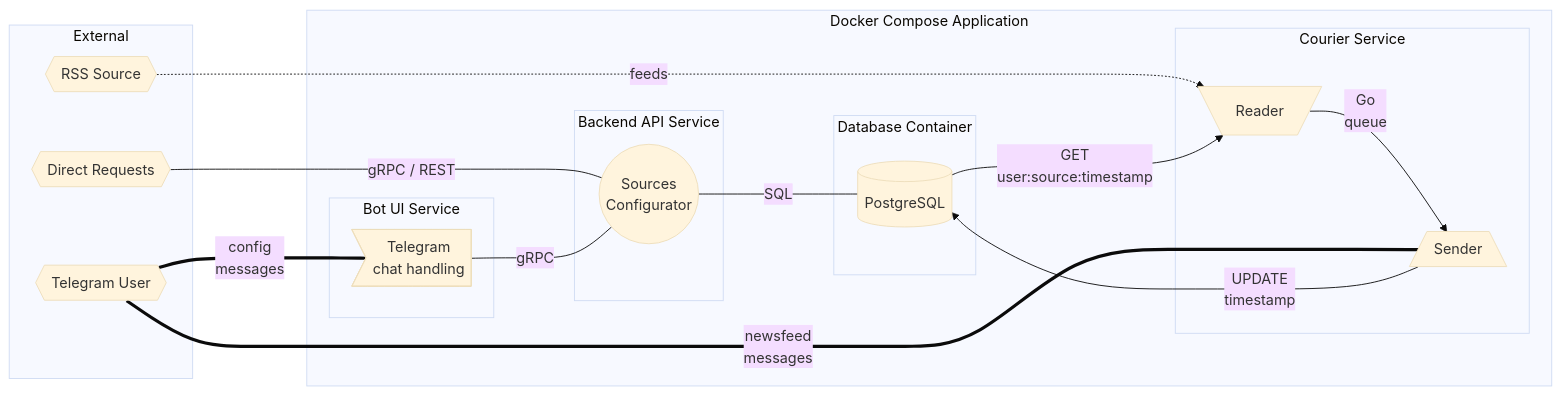
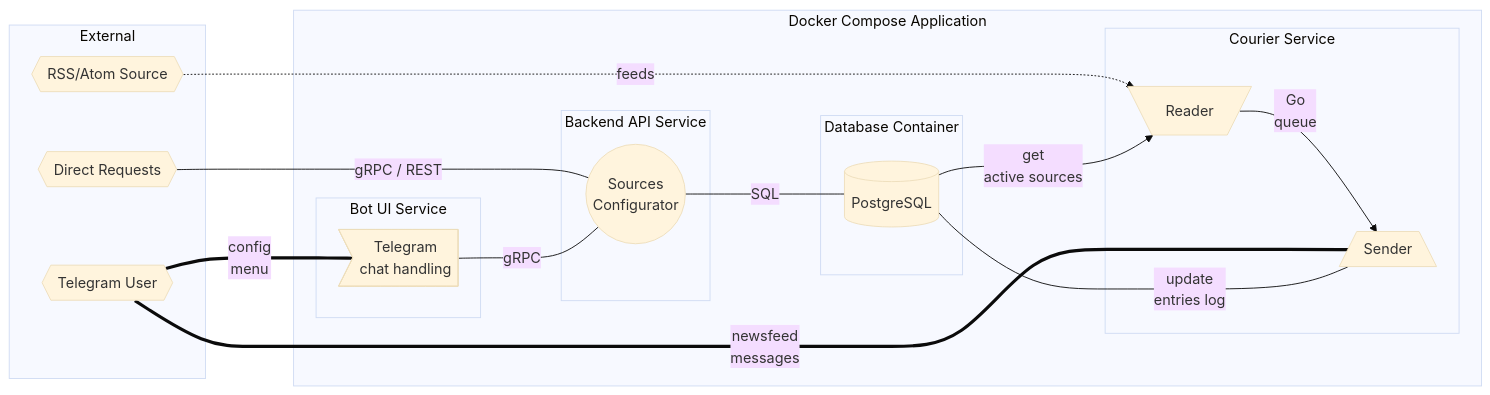
The diagram in README.md (Rush-iam/AggreBot), drawn with Mermaid (base theme) before and after one commit. The commit also changed other lines of this file and 1 other file, not shown here.

Commit message:
- README Actualized - Makefile can run services

````diff
--- a/README.md
+++ b/README.md
@@ -22,34 +22,34 @@
 ```mermaid
 flowchart LR
 
 subgraph External
     DIRECT{{Direct Requests}}
     TGUSER{{Telegram User}}
-    RSS{{RSS Source}}
+    RSS{{RSS/Atom Source}}
 end
 subgraph Docker Compose Application
         subgraph BOTSERVICE [Bot UI Service]
             BOT>Telegram<br/>chat handling]
         end
         subgraph API [Backend API Service]
           CONFIGURER((Sources<br/>Configurator))
         end
     subgraph Database [Database Container]
         DB[(PostgreSQL)]
     end
     subgraph Courier Service
         READER[\Reader/]
         SENDER[/Sender\]
     end
 end
 
 DIRECT  ---|gRPC / REST| CONFIGURER
-TGUSER  ===|config<br/>messages| BOT ---|gRPC| CONFIGURER---|SQL| DB
+TGUSER  ===|config<br/>menu| BOT ---|gRPC| CONFIGURER---|SQL| DB
 RSS -.->|feeds| READER
 
-DB -->|GET<br/>user:source:timestamp| READER 
+DB -->|get<br/>active sources| READER 
 READER -->|Go<br/>queue| SENDER
-SENDER -->|UPDATE<br/>timestamp| DB
+SENDER ---|update<br/>entries log| DB
 TGUSER ===|newsfeed<br/>messages| SENDER
 
 ```
````
